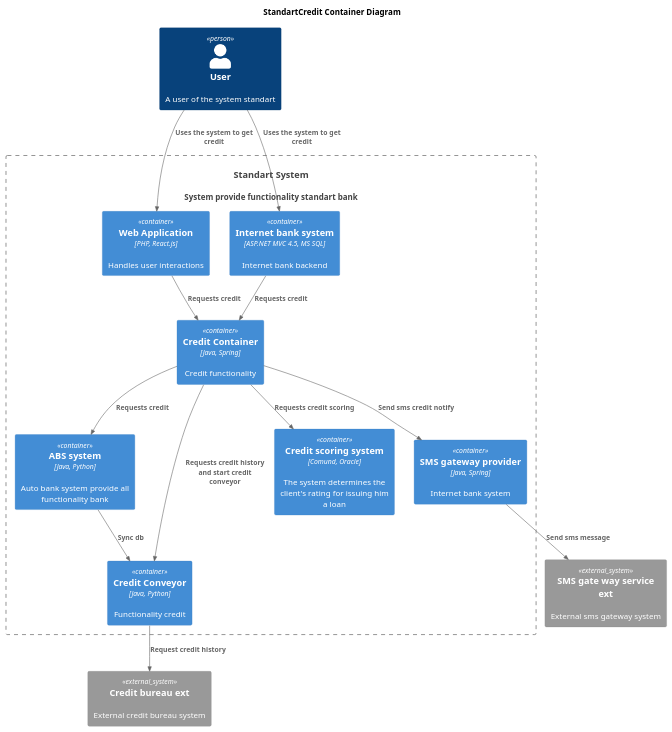
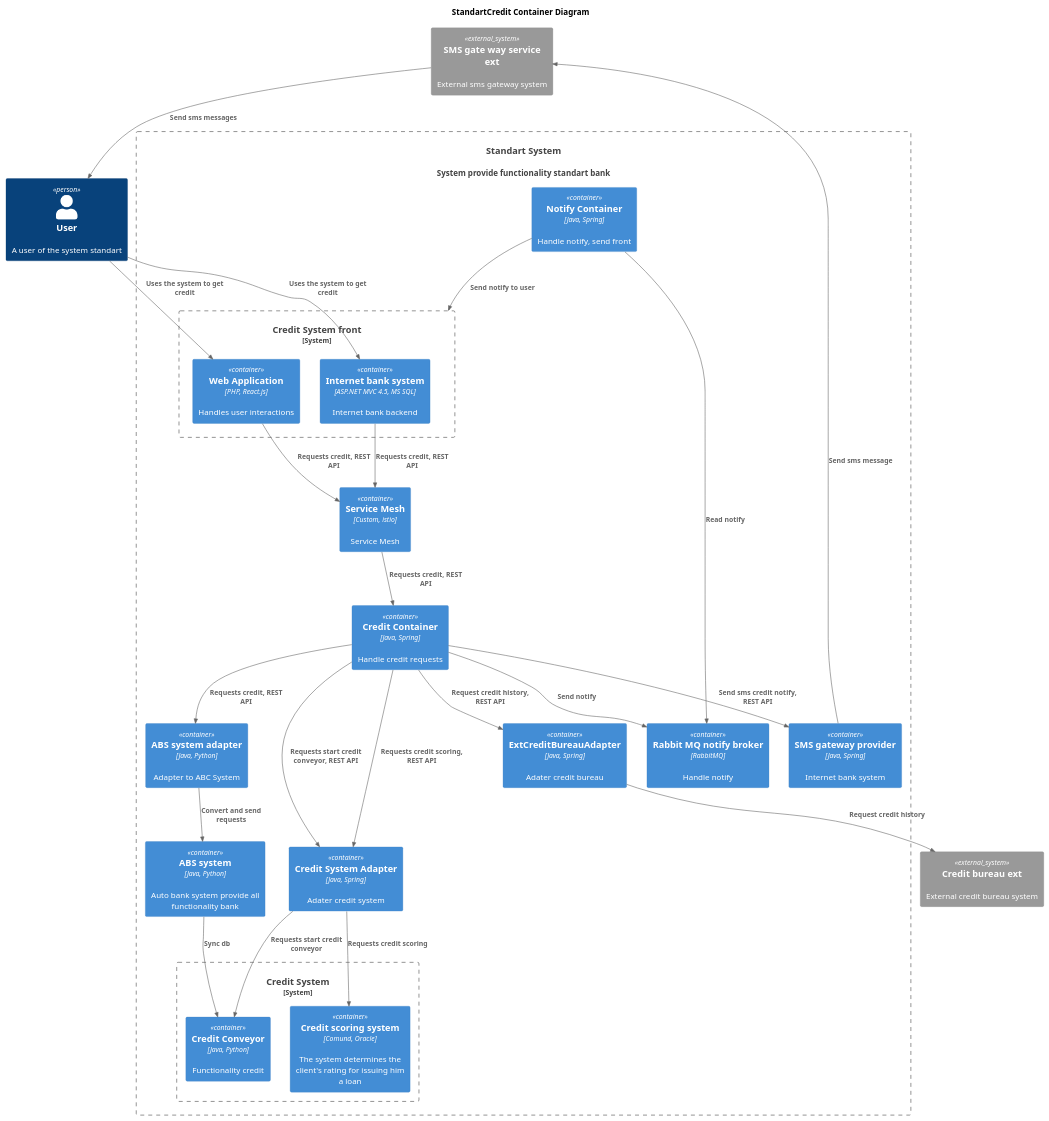
Before and after one commit to baranovilyaserg/architecture-pro-standart: the diagram in Task5/container.puml, drawn with PlantUML. The commit also changed 11 other files, not shown here.

```diff
--- a/Task5/container.puml
+++ b/Task5/container.puml
@@ -1,41 +1,70 @@
 @startuml
 title StandartCredit Container Diagram
 
 top to bottom direction
 
 !includeurl https://raw.githubusercontent.com/RicardoNiepel/C4-PlantUML/master/C4_Component.puml
 
 Person(user, "User", "A user of the system standart")
 
 
 System(StandartSystem, "Standart System", "System provide functionality standart bank")
 
 Container_Boundary(StandartSystem, "Standart System") {
+
+System_Boundary(CreditSystemFront, "Credit System front") {
   Container(WebApp, "Web Application", "PHP, React.js", "Handles user interactions")
+  Container(InternetBank, "Internet bank system", "ASP.NET MVC 4.5, MS SQL", "Internet bank backend")
+ }
+ 
+  Container(ServiceMesh, "Service Mesh", "Custom, istio", "Service Mesh")
+ 
+  Container(ABSAdapter, "ABS system adapter", "Java, Python", "Adapter to ABC System")
   Container(ABS, "ABS system", "Java, Python", "Auto bank system provide all functionality bank")
+  
+  Container(CreditContainer, "Credit Container", "Java, Spring", "Handle credit requests")
+  Container(CreditSystemAdapter, "Credit System Adapter", "Java, Spring", "Adater credit system")
+  System_Boundary(CreditSystem, "Credit System") {
   Container(CreditСonveyor, "Credit Conveyor", "Java, Python", "Functionality credit")
   Container(CreditScoringSystem, "Credit scoring system", "Comund, Oracle", "The system determines the client's rating for issuing him a loan")
-  Container(InternetBank, "Internet bank system", "ASP.NET MVC 4.5, MS SQL", "Internet bank backend")
+}
+
   Container(SMSGateWayProvider, "SMS gateway provider", "Java, Spring", "Internet bank system")
-  Container(CreditContainer, "Credit Container", "Java, Spring", "Credit functionality")
+  Container(ExtCreditBureauAdapter, "ExtCreditBureauAdapter", "Java, Spring", "Adater credit bureau")
+  
+  Container(RabbitMqNotify, "Rabbit MQ notify broker", "RabbitMQ", "Handle notify")
+  Container(NotifyContainer, "Notify Container", "Java, Spring", "Handle notify, send front")
 }
 
 System_Ext(ExtSMSGateWay, "SMS gate way service ext", "External sms gateway system")
 System_Ext(ExtCreditBureau, "Credit bureau ext", "External credit bureau system")
 
 Rel(user, WebApp, "Uses the system to get credit")
 Rel(user, InternetBank, "Uses the system to get credit")
 
-Rel(WebApp, CreditContainer, "Requests credit")
-Rel(InternetBank, CreditContainer, "Requests credit")
+Rel(WebApp, ServiceMesh, "Requests credit, REST API")
+Rel(InternetBank, ServiceMesh, "Requests credit, REST API")
 
-Rel(CreditContainer, CreditScoringSystem, "Requests credit scoring")
-Rel(CreditContainer, ABS, "Requests credit")
-Rel(CreditContainer, SMSGateWayProvider, "Send sms credit notify")
-Rel(CreditContainer, CreditСonveyor, "Requests credit history and start credit conveyor")
+Rel(ServiceMesh, CreditContainer, "Requests credit, REST API")
+
+Rel(CreditContainer, CreditSystemAdapter, "Requests credit scoring, REST API")
+Rel(CreditContainer, CreditSystemAdapter, "Requests start credit conveyor, REST API")
+Rel(CreditSystemAdapter, CreditScoringSystem, "Requests credit scoring")
+Rel(CreditSystemAdapter, CreditСonveyor, "Requests start credit conveyor")
+
+Rel(CreditContainer, RabbitMqNotify, "Send notify")
+Rel(NotifyContainer, RabbitMqNotify, "Read notify")
+Rel(NotifyContainer, CreditSystemFront, "Send notify to user")
+
+Rel(CreditContainer, ABSAdapter, "Requests credit, REST API")
+Rel(ABSAdapter, ABS, "Convert and send requests")
+
+Rel(CreditContainer, SMSGateWayProvider, "Send sms credit notify, REST API")
+Rel(SMSGateWayProvider, ExtSMSGateWay, "Send sms message")
+Rel(ExtSMSGateWay, user, "Send sms messages")
 
 Rel(ABS, CreditСonveyor, "Sync db")
 
-Rel(SMSGateWayProvider, ExtSMSGateWay, "Send sms message")
-Rel(CreditСonveyor, ExtCreditBureau, "Request credit history")
+Rel(CreditContainer, ExtCreditBureauAdapter, "Request credit history, REST API")
+Rel(ExtCreditBureauAdapter, ExtCreditBureau, "Request credit history")
 @enduml
```
